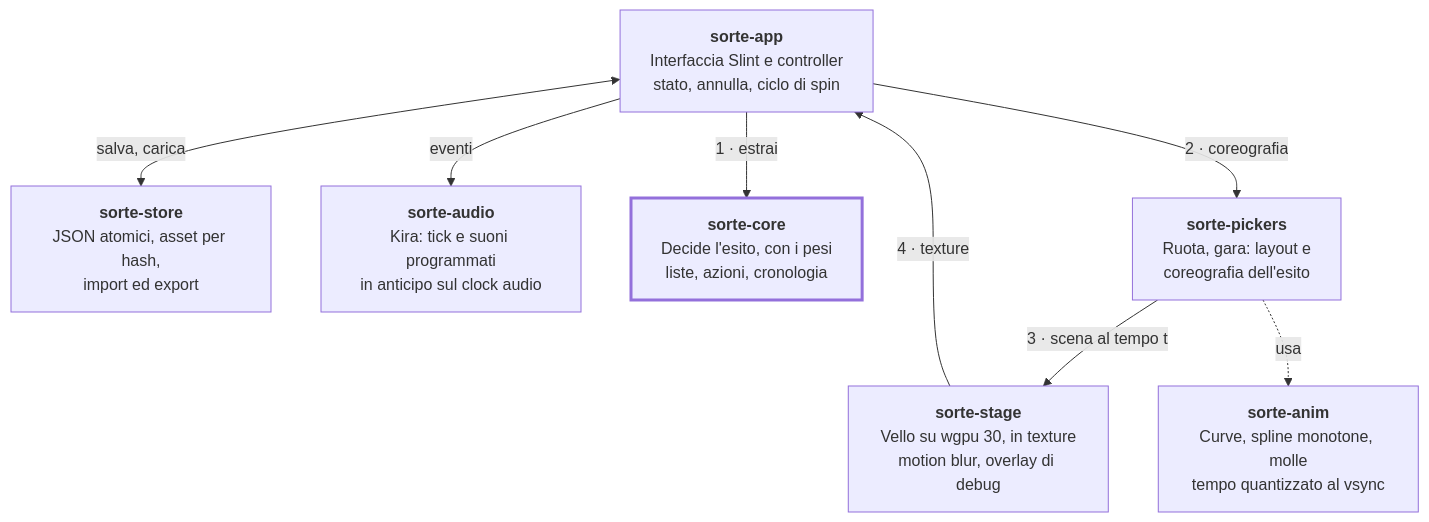
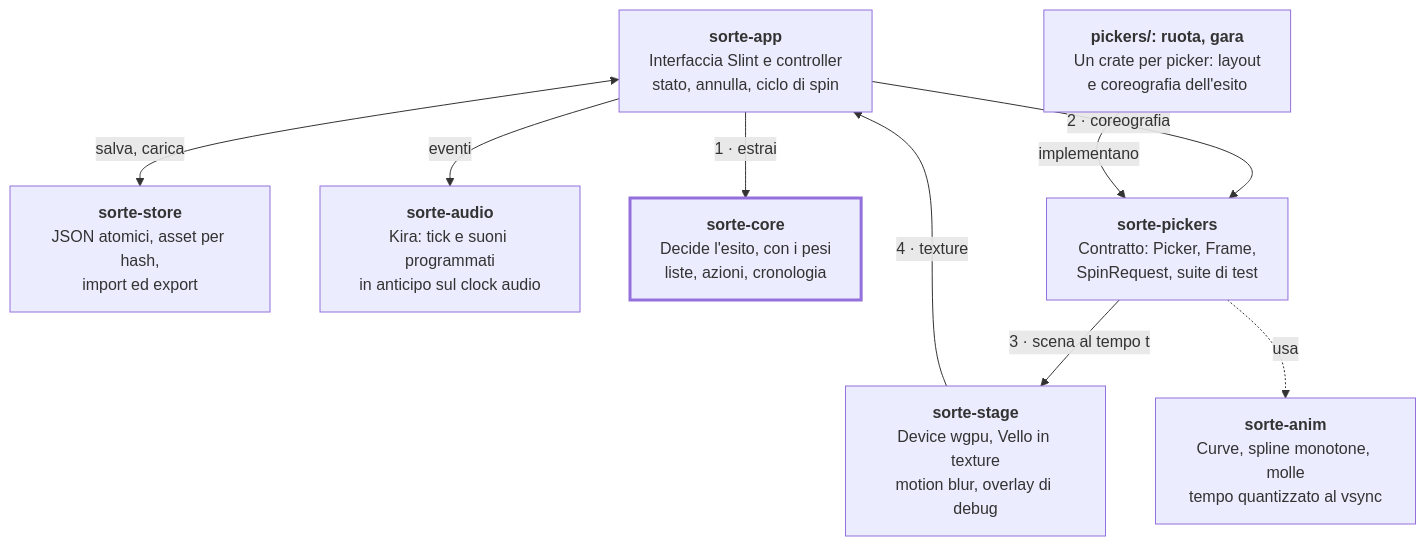
Before and after one commit to edocico/Sorte: the diagram in docs/design.md, drawn with Mermaid. The commit also changed other lines of this file and 2 other files, not shown here.

````diff
--- a/docs/design.md
+++ b/docs/design.md
@@ -178,20 +179,22 @@
 ```mermaid
 flowchart TB
     store["<b>sorte-store</b><br/>JSON atomici, asset per hash,<br/>import ed export"]
     app["<b>sorte-app</b><br/>Interfaccia Slint e controller<br/>stato, annulla, ciclo di spin"]
     audio["<b>sorte-audio</b><br/>Kira: tick e suoni programmati<br/>in anticipo sul clock audio"]
     core["<b>sorte-core</b><br/>Decide l'esito, con i pesi<br/>liste, azioni, cronologia"]
-    pickers["<b>sorte-pickers</b><br/>Ruota, gara: layout e<br/>coreografia dell'esito"]
-    stage["<b>sorte-stage</b><br/>Vello su wgpu 30, in texture<br/>motion blur, overlay di debug"]
+    pickers["<b>sorte-pickers</b><br/>Contratto: Picker, Frame,<br/>SpinRequest, suite di test"]
+    stage["<b>sorte-stage</b><br/>Device wgpu, Vello in texture<br/>motion blur, overlay di debug"]
+    crates["<b>pickers/: ruota, gara</b><br/>Un crate per picker: layout<br/>e coreografia dell'esito"]
     anim["<b>sorte-anim</b><br/>Curve, spline monotone, molle<br/>tempo quantizzato al vsync"]
 
     app <-->|salva, carica| store
     app -->|eventi| audio
     app -->|1 · estrai| core
     app -->|2 · coreografia| pickers
     pickers -->|3 · scena al tempo t| stage
     stage -->|4 · texture| app
+    crates -->|implementano| pickers
     pickers -.->|usa| anim
 
     style core stroke-width:3px
 ```
````
